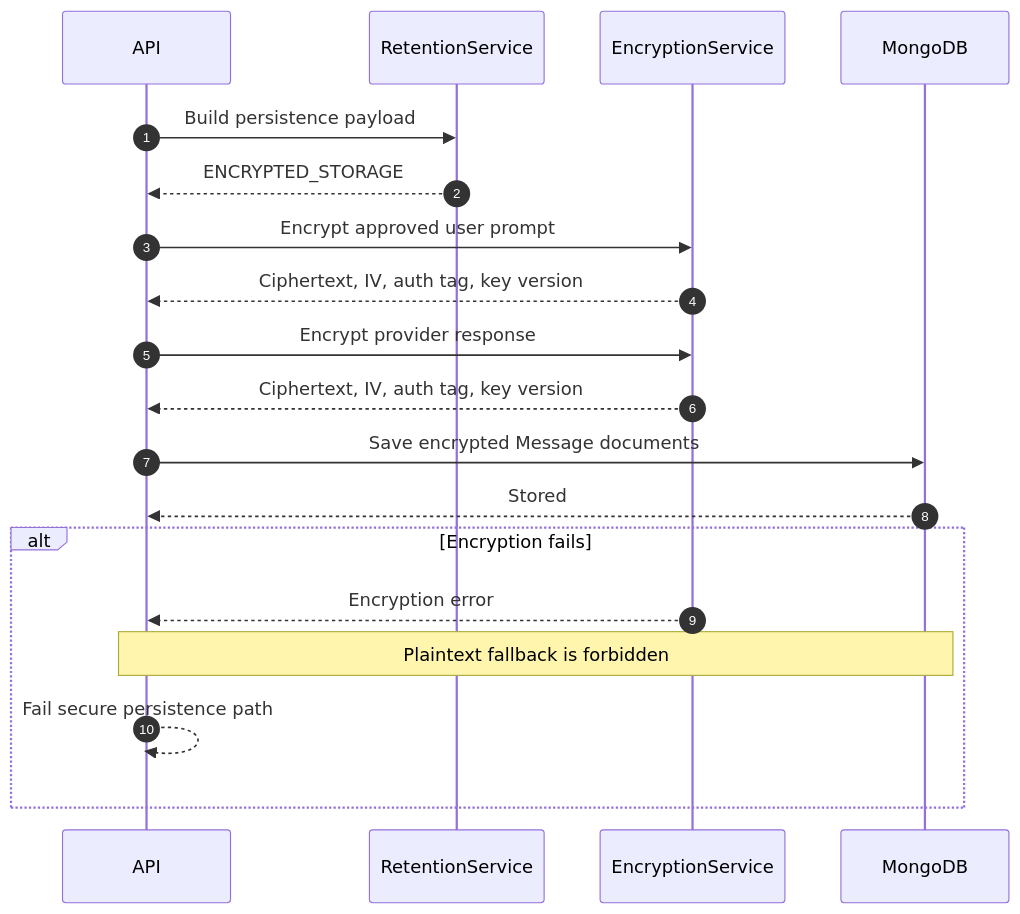
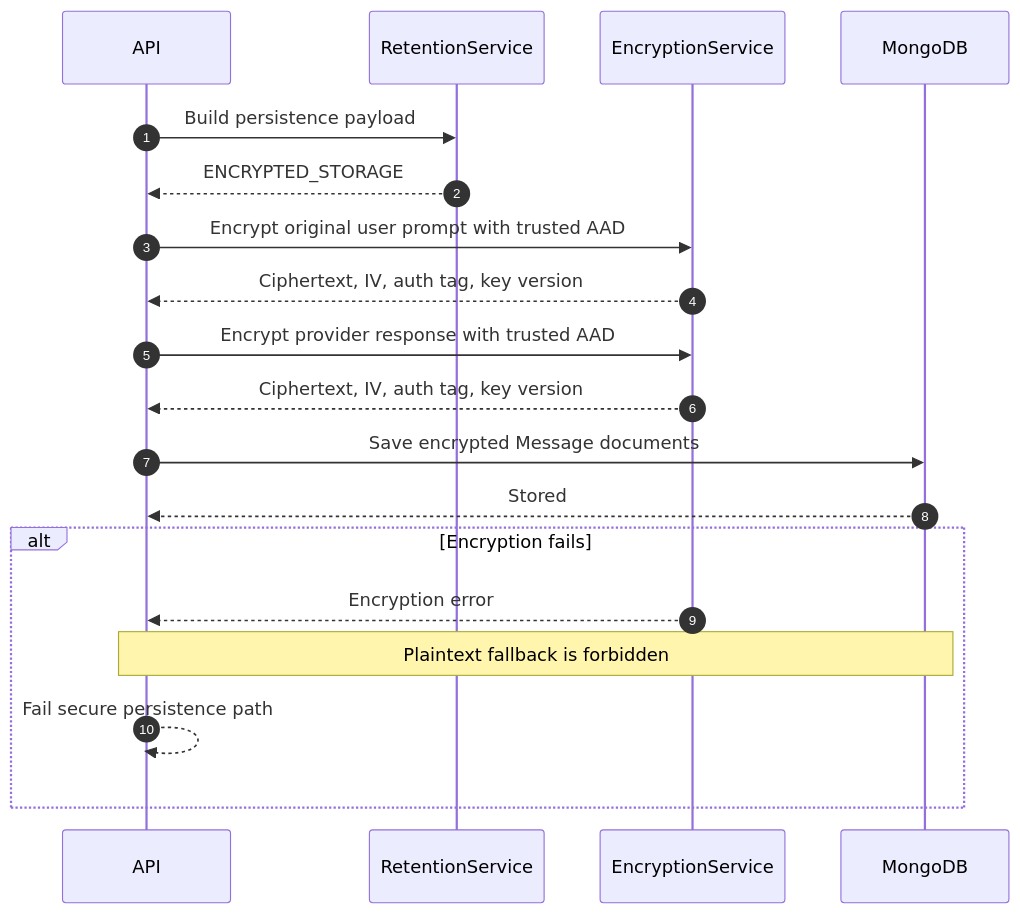
Diagram 16 of 37 in docs/12_SEQUENCE_DIAGRAMS.md (tarun5004/ProxyAi), drawn with Mermaid before and after one commit. The commit also changed other lines of this file and 13 other files, not shown here.

````diff
--- a/docs/12_SEQUENCE_DIAGRAMS.md
+++ b/docs/12_SEQUENCE_DIAGRAMS.md
@@ -731,23 +731,23 @@
 ```mermaid
 sequenceDiagram
     autonumber
     participant API
     participant RetentionService
     participant EncryptionService
     participant MongoDB
 
     API->>RetentionService: Build persistence payload
     RetentionService-->>API: ENCRYPTED_STORAGE
-    API->>EncryptionService: Encrypt approved user prompt
+    API->>EncryptionService: Encrypt original user prompt with trusted AAD
     EncryptionService-->>API: Ciphertext, IV, auth tag, key version
-    API->>EncryptionService: Encrypt provider response
+    API->>EncryptionService: Encrypt provider response with trusted AAD
     EncryptionService-->>API: Ciphertext, IV, auth tag, key version
     API->>MongoDB: Save encrypted Message documents
     MongoDB-->>API: Stored
 
     alt Encryption fails
         EncryptionService-->>API: Encryption error
         Note over API,MongoDB: Plaintext fallback is forbidden
         API-->>API: Fail secure persistence path
     end
 ```
````
